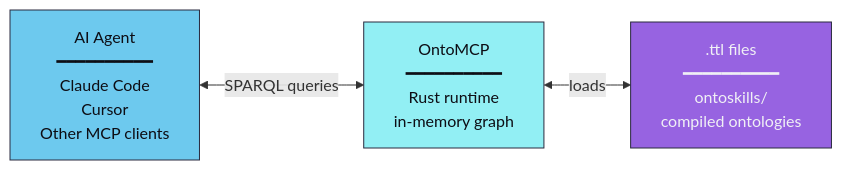
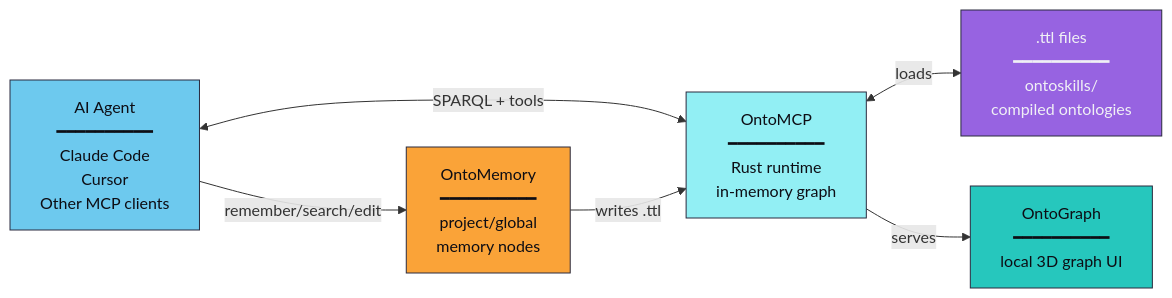
Before and after one commit to mareasoftware/ontoskills: the first of 3 diagrams in mcp/README.md, drawn with Mermaid. The commit also changed other lines of this file and 15 other files, not shown here.

Commit message:
feat: implement OntoMemory component with documentation, localization, and landing page integration

````diff
--- a/mcp/README.md
+++ b/mcp/README.md
@@ -15,9 +15,14 @@
 ```mermaid
 flowchart LR
-    AGENT["AI Agent<br/>━━━━━━━━━━<br/>Claude Code<br/>Cursor<br/>Other MCP clients"] <-->|"SPARQL queries"| MCP["OntoMCP<br/>━━━━━━━━━━<br/>Rust runtime<br/>in-memory graph"]
+    AGENT["AI Agent<br/>━━━━━━━━━━<br/>Claude Code<br/>Cursor<br/>Other MCP clients"] <-->|"SPARQL + tools"| MCP["OntoMCP<br/>━━━━━━━━━━<br/>Rust runtime<br/>in-memory graph"]
     MCP <-->|"loads"| TTL[".ttl files<br/>━━━━━━━━━━<br/>ontoskills/<br/>compiled ontologies"]
+    AGENT -->|"remember/search/edit"| MEM["OntoMemory<br/>━━━━━━━━━━<br/>project/global<br/>memory nodes"]
+    MEM -->|"writes .ttl"| MCP
+    MCP -->|"serves"| GRAPH["OntoGraph<br/>━━━━━━━━━━<br/>local 3D graph UI"]
 
     style AGENT fill:#6dc9ee,stroke:#2a2a3e,color:#0d0d14
     style MCP fill:#92eff4,stroke:#2a2a3e,color:#0d0d14
     style TTL fill:#9763e1,stroke:#2a2a3e,color:#f0f0f5
+    style MEM fill:#faa338,stroke:#2a2a3e,color:#0d0d14
+    style GRAPH fill:#26c7bd,stroke:#2a2a3e,color:#0d0d14
 ```
````
